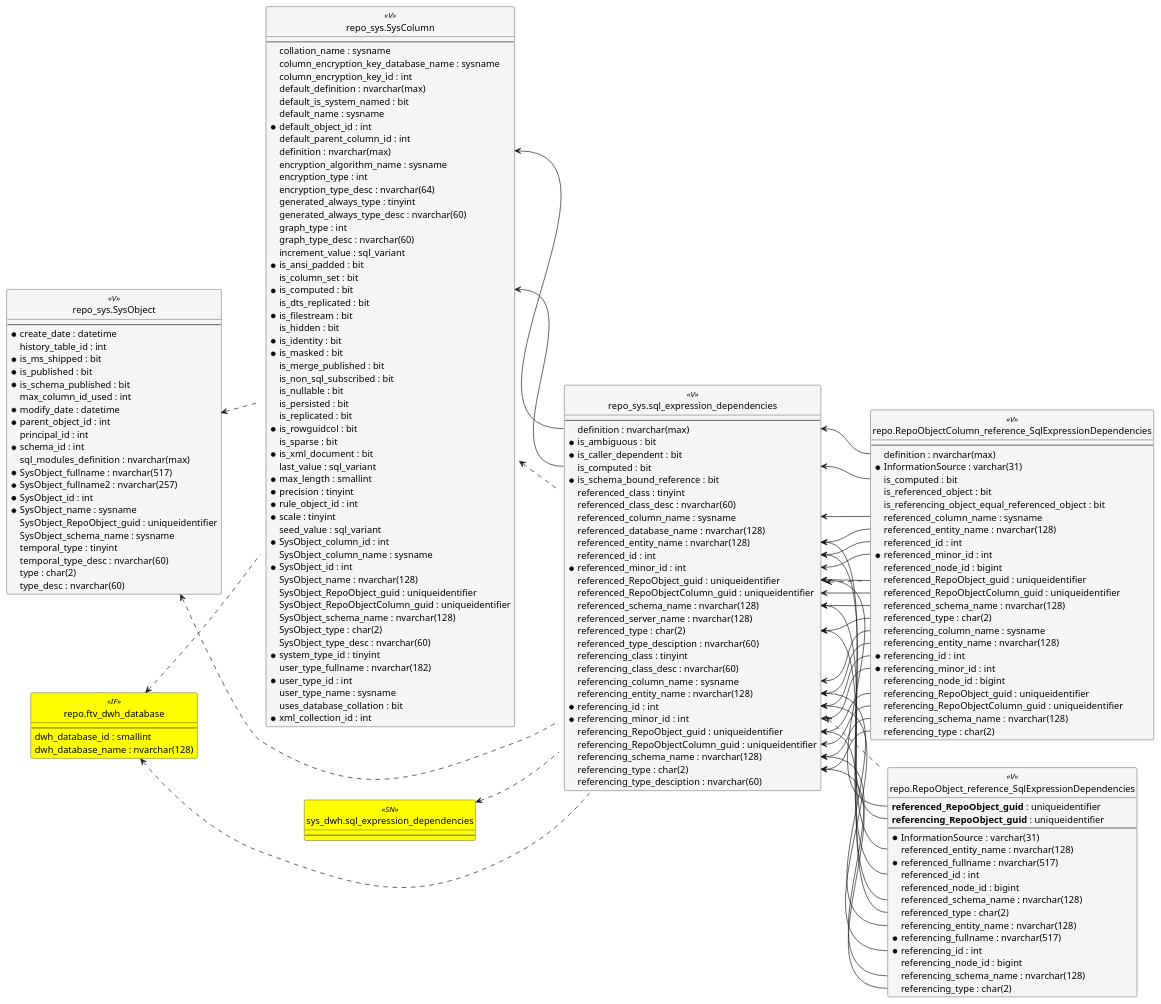
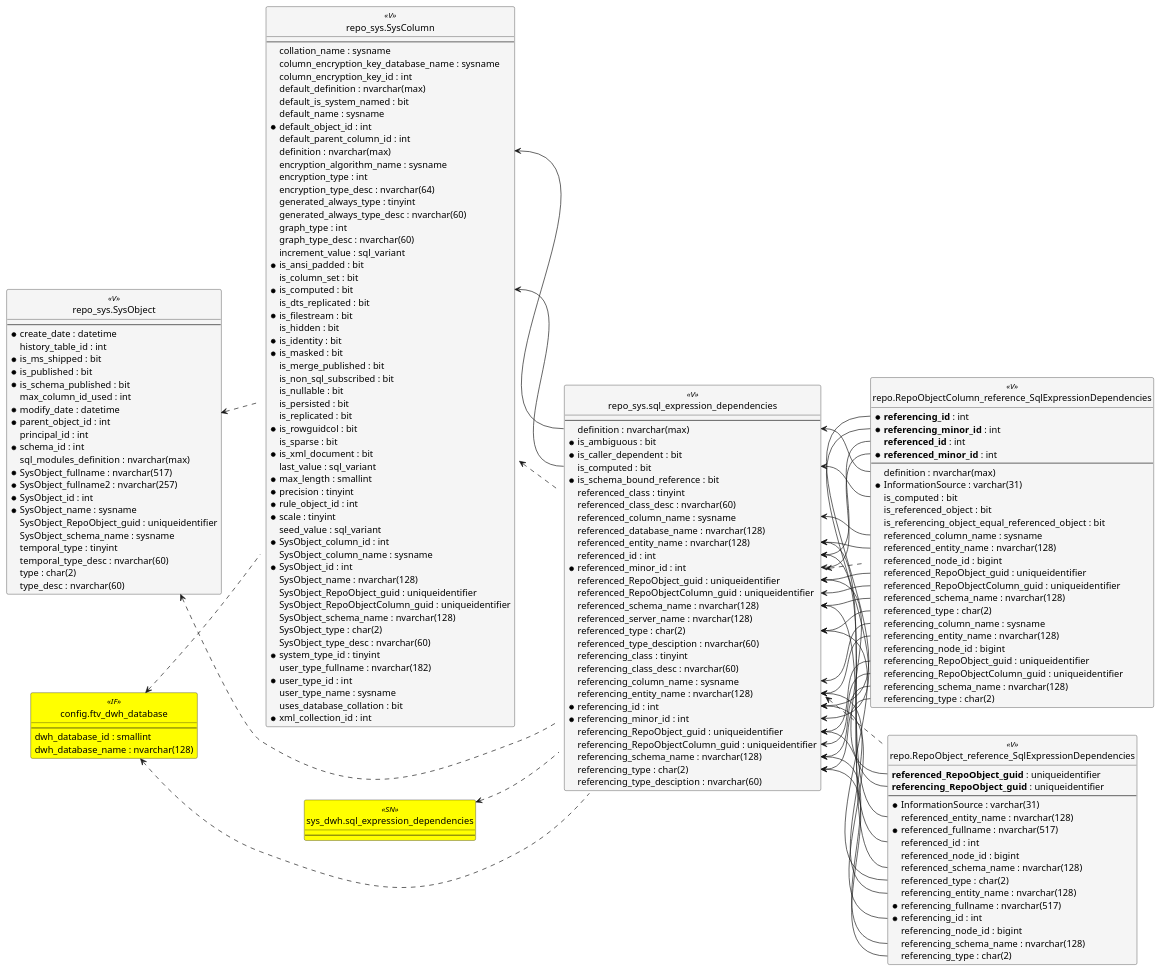
One commit to DataHandwerk/dhw-antora-docs changed the diagram in docs/modules/sqldb/partials/puml/entity_1_1_colref/repo_sys.sql_expression_dependencies.puml. Above: the diagram before and after it, drawn with PlantUML. The commit also changed 2449 other files, not shown here.

```diff
--- a/docs/modules/sqldb/partials/puml/entity_1_1_colref/repo_sys.sql_expression_dependencies.puml
+++ b/docs/modules/sqldb/partials/puml/entity_1_1_colref/repo_sys.sql_expression_dependencies.puml
@@ -23,7 +23,7 @@
 }
 
 
-entity repo.ftv_dwh_database << IF >> {
+entity config.ftv_dwh_database << IF >> {
   --
   dwh_database_id : smallint
   dwh_database_name : nvarchar(128)
@@ -49,6 +49,10 @@
 }
 
 entity repo.RepoObjectColumn_reference_SqlExpressionDependencies << V >> {
+  * **referencing_id** : int
+  * **referencing_minor_id** : int
+  **referenced_id** : int
+  * **referenced_minor_id** : int
   --
   definition : nvarchar(max)
   * InformationSource : varchar(31)
@@ -57,8 +61,6 @@
   is_referencing_object_equal_referenced_object : bit
   referenced_column_name : sysname
   referenced_entity_name : nvarchar(128)
-  referenced_id : int
-  * referenced_minor_id : int
   referenced_node_id : bigint
   referenced_RepoObject_guid : uniqueidentifier
   referenced_RepoObjectColumn_guid : uniqueidentifier
@@ -66,8 +68,6 @@
   referenced_type : char(2)
   referencing_column_name : sysname
   referencing_entity_name : nvarchar(128)
-  * referencing_id : int
-  * referencing_minor_id : int
   referencing_node_id : bigint
   referencing_RepoObject_guid : uniqueidentifier
   referencing_RepoObjectColumn_guid : uniqueidentifier
@@ -195,8 +195,8 @@
   --
 }
 
-repo.ftv_dwh_database <.. repo_sys.SysColumn
-repo.ftv_dwh_database <.. repo_sys.sql_expression_dependencies
+config.ftv_dwh_database <.. repo_sys.sql_expression_dependencies
+config.ftv_dwh_database <.. repo_sys.SysColumn
 repo_sys.sql_expression_dependencies <.. repo.RepoObject_reference_SqlExpressionDependencies
 repo_sys.sql_expression_dependencies <.. repo.RepoObjectColumn_reference_SqlExpressionDependencies
 repo_sys.SysColumn <.. repo_sys.sql_expression_dependencies
```
